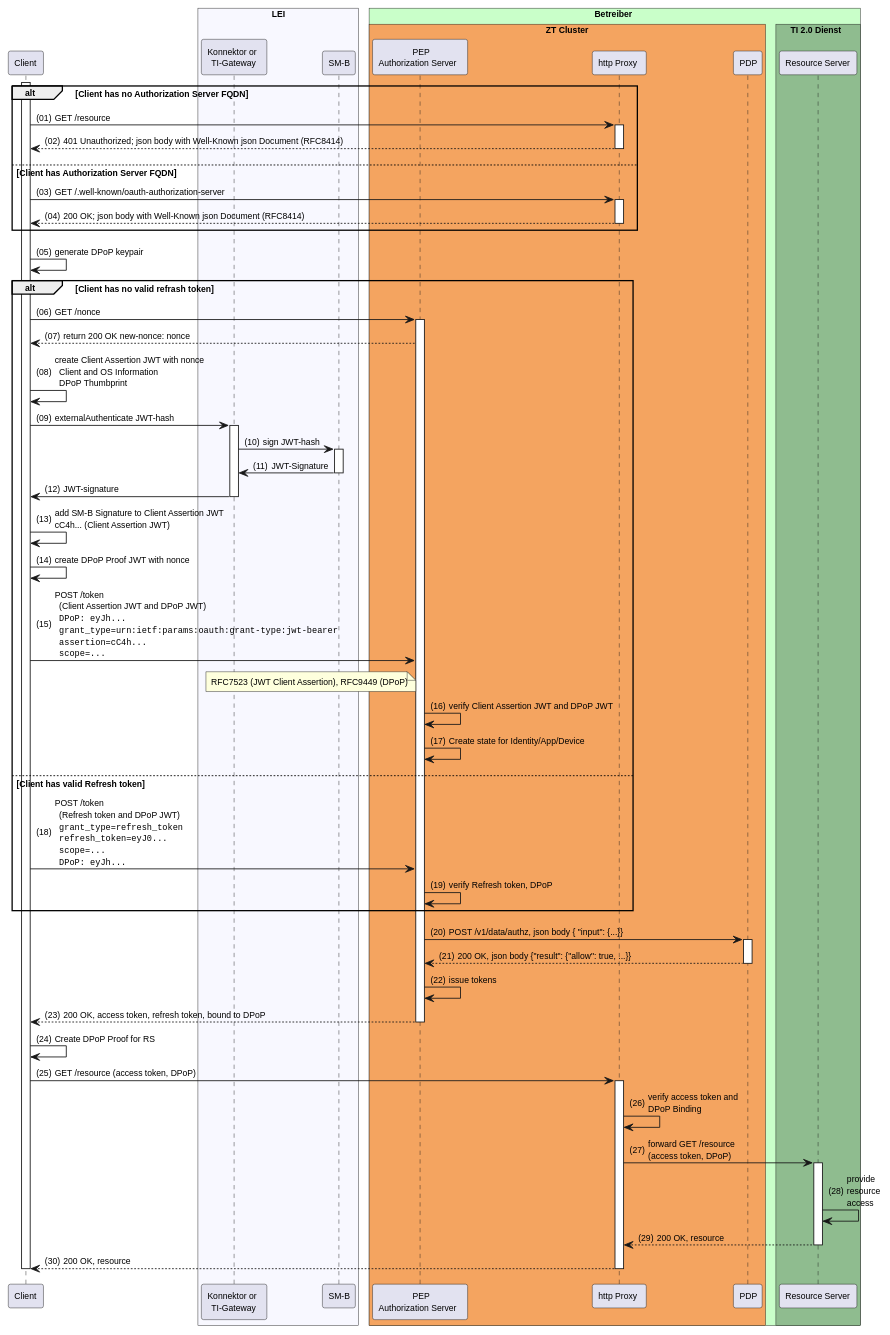
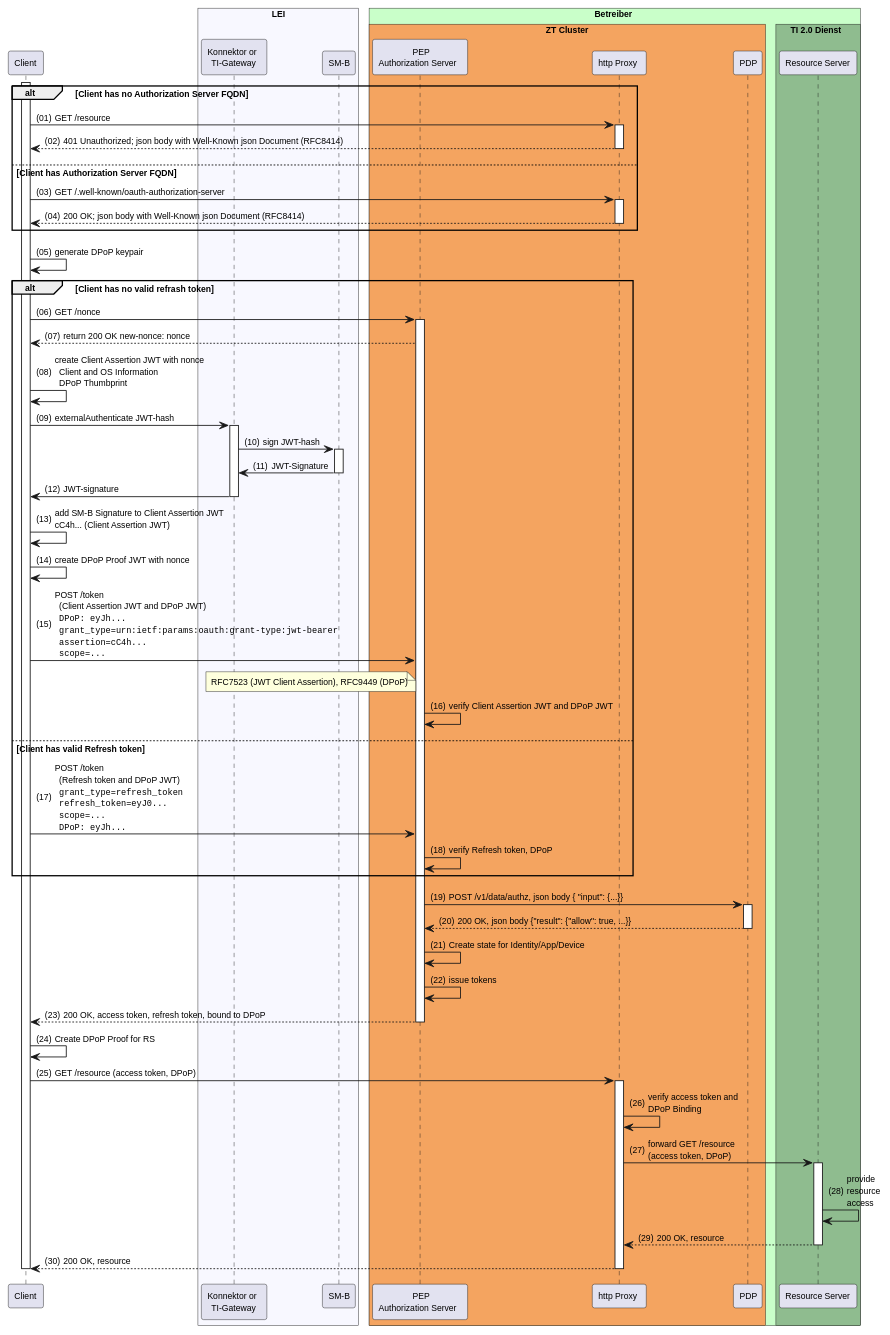
The diagram in src/plantuml/sm-b-auth.puml (gematik/spec-t20r), drawn with PlantUML before and after one commit. The commit also changed other lines of this file, not shown here.

```diff
--- a/src/plantuml/sm-b-auth.puml
+++ b/src/plantuml/sm-b-auth.puml
@@ -1,104 +1,104 @@
 @startuml "SM-B_Auth_with_DPoP"
 autonumber "(00)"
 skinparam defaultFontSize 10
 skinparam defaultFontName Helvetica
 skinparam DefaultMonospacedFontName Courier
 skinparam lengthAdjust none
 
 !pragma teoz true
 
 participant Client
 box "LEI" #GhostWhite
     participant Konnektor as "Konnektor or\nTI-Gateway"
     participant SMB as "SM-B"
 end box
 
 box "Betreiber" #TECHNOLOGY
     box "ZT Cluster" #SandyBrown
         participant AuthS as "PEP\nAuthorization Server" 
         participant HP as "http Proxy"
         participant PDP as "PDP"
     endbox
     box TI 2.0 Dienst #DarkSeaGreen
         participant RS as "Resource Server"
     endbox
 end box
 
 activate Client
 alt Client has no Authorization Server FQDN
     Client -> HP: GET /resource
     activate HP
     HP --> Client: 401 Unauthorized; json body with Well-Known json Document (RFC8414)
     deactivate HP
 else Client has Authorization Server FQDN
     Client -> HP: GET /.well-known/oauth-authorization-server 
     activate HP
     HP --> Client: 200 OK; json body with Well-Known json Document (RFC8414)
     deactivate HP
 end
 
 Client -> Client: generate DPoP keypair
 alt Client has no valid refrash token
 Client -> AuthS: GET /nonce
 activate AuthS
 AuthS --> Client: return 200 OK new-nonce: nonce
 Client -> Client: create Client Assertion JWT with nonce\n  Client and OS Information\n  DPoP Thumbprint
 Client -> Konnektor: externalAuthenticate JWT-hash
 activate Konnektor
 Konnektor -> SMB: sign JWT-hash
 activate SMB
 SMB -> Konnektor: JWT-Signature
 deactivate SMB
 Konnektor -> Client: JWT-signature
 deactivate Konnektor
 
 Client -> Client: add SM-B Signature to Client Assertion JWT\n\
 cC4h... (Client Assertion JWT)
 Client -> Client: create DPoP Proof JWT with nonce
 Client -> AuthS: POST /token\n\
   (Client Assertion JWT and DPoP JWT)\n\
   ""DPoP: eyJh...""\n\
   ""grant_type=urn:ietf:params:oauth:grant-type:jwt-bearer""\n\
   ""assertion=cC4h...""\n\
   ""scope=...""
 note left of AuthS
   RFC7523 (JWT Client Assertion), RFC9449 (DPoP)
 end note
 AuthS -> AuthS: verify Client Assertion JWT and DPoP JWT
-AuthS -> AuthS: Create state for Identity/App/Device
 else Client has valid Refresh token
 Client -> AuthS: POST /token\n\
   (Refresh token and DPoP JWT)\n\
   ""grant_type=refresh_token""\n\
   ""refresh_token=eyJ0...""\n\
   ""scope=...""\n\
   ""DPoP: eyJh...""
 AuthS -> AuthS: verify Refresh token, DPoP
 end
 
 AuthS -> PDP: POST /v1/data/authz, json body {  "input": {...}} 
 activate PDP
 PDP --> AuthS: 200 OK, json body {"result": {"allow": true, ...}}
 deactivate PDP
+AuthS -> AuthS: Create state for Identity/App/Device
 AuthS -> AuthS: issue tokens
 AuthS --> Client: 200 OK, access token, refresh token, bound to DPoP
 deactivate AuthS
 Client -> Client: Create DPoP Proof for RS
 
 Client -> HP: GET /resource (access token, DPoP)
 activate HP
 HP -> HP: verify access token and\nDPoP Binding
 HP -> RS: forward GET /resource\n\
 (access token, DPoP)
 activate RS
 RS -> RS: provide\n\
 resource\n\
 access
 RS --> HP: 200 OK, resource
 deactivate RS
 HP --> Client: 200 OK, resource
 deactivate HP
 deactivate RS
 deactivate Client
 
 @enduml
```
